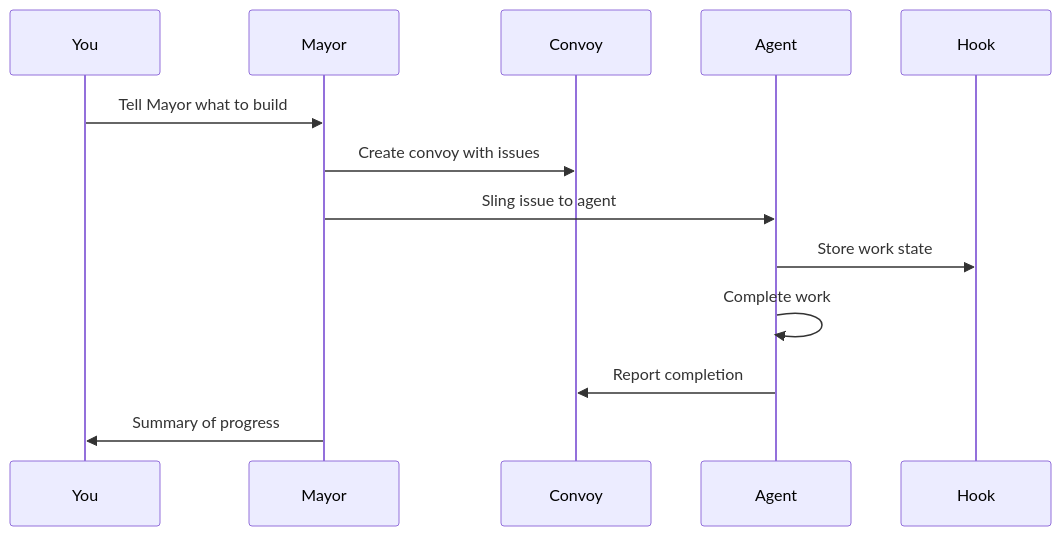
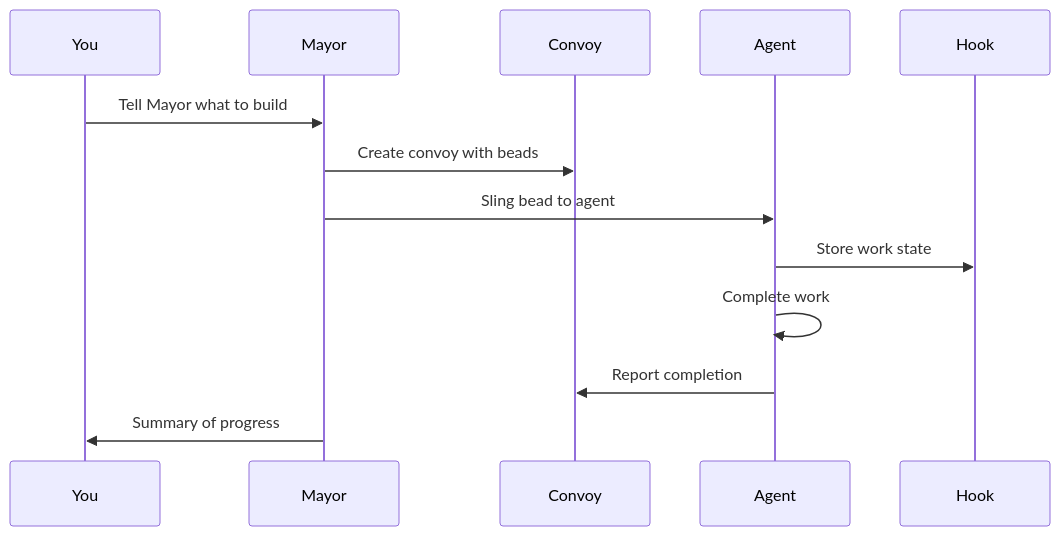
The second of 4 diagrams in README.md (wsaults/gastown), drawn with Mermaid before and after one commit. The commit also changed other lines of this file and 1 other file, not shown here.

First line of the commit message:
docs: clarify bead ID format in README and INSTALLING

````diff
--- a/README.md
+++ b/README.md
@@ -134,16 +136,16 @@
 ```mermaid
 sequenceDiagram
     participant You
     participant Mayor
     participant Convoy
     participant Agent
     participant Hook
 
     You->>Mayor: Tell Mayor what to build
-    Mayor->>Convoy: Create convoy with issues
-    Mayor->>Agent: Sling issue to agent
+    Mayor->>Convoy: Create convoy with beads
+    Mayor->>Agent: Sling bead to agent
     Agent->>Hook: Store work state
     Agent->>Agent: Complete work
     Agent->>Convoy: Report completion
     Mayor->>You: Summary of progress
 ```
````
